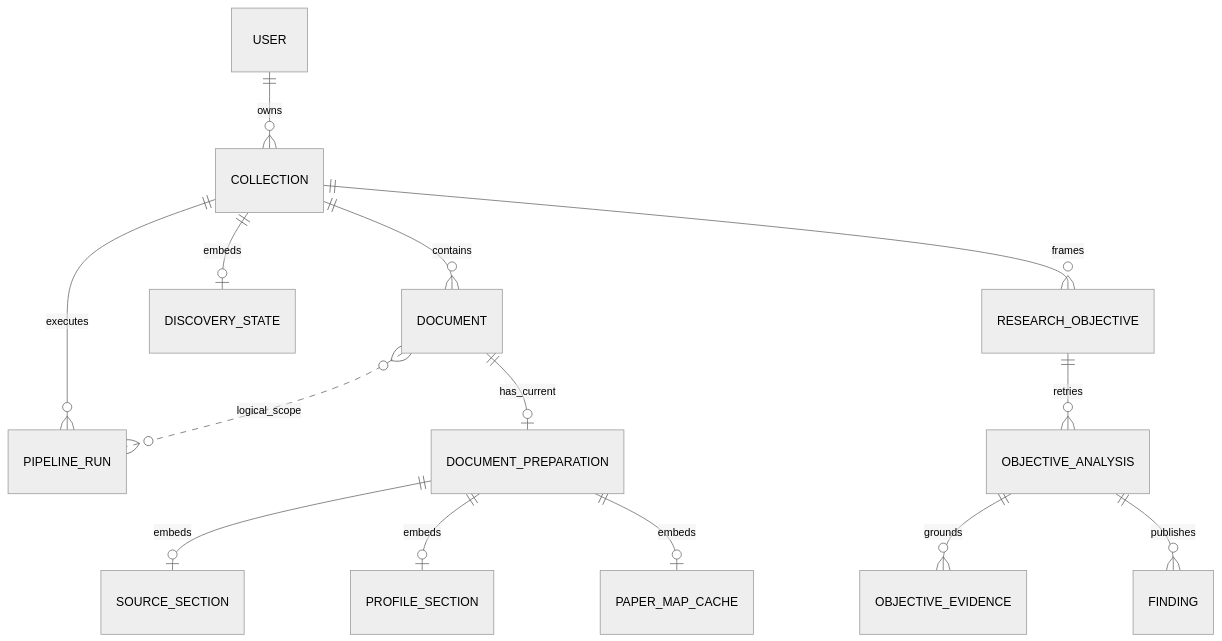
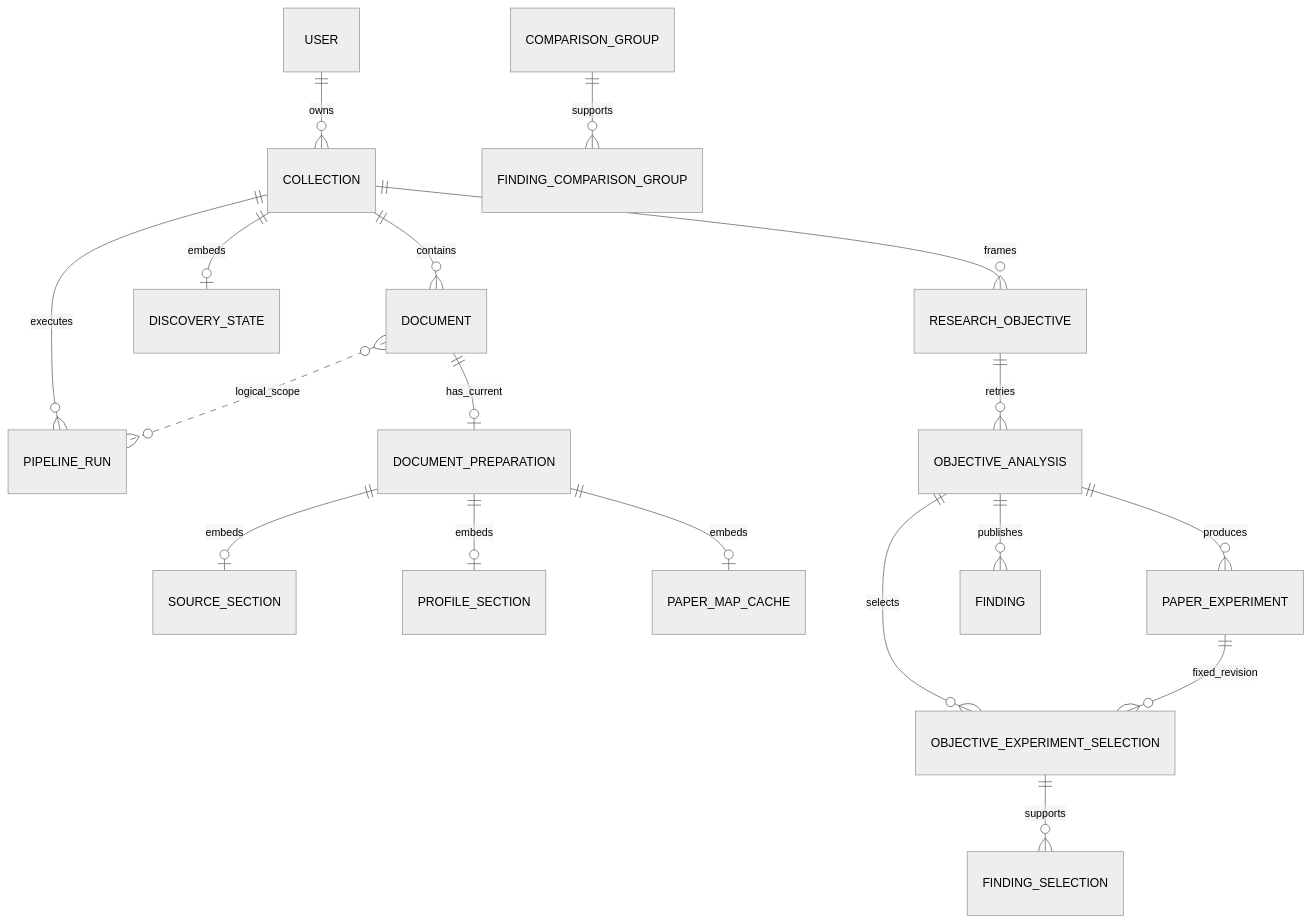
Before and after one commit to JeanphiloGong/tsingai-lens: the diagram in backend/docs/architecture/persistence-model.md, drawn with Mermaid (neutral theme). The commit also changed other lines of this file and 9 other files, not shown here.

First line of the commit message:
docs(objective): align architecture with experiment graph

````diff
--- a/backend/docs/architecture/persistence-model.md
+++ b/backend/docs/architecture/persistence-model.md
@@ -174,16 +164,20 @@
 ```mermaid
 erDiagram
     USER ||--o{ COLLECTION : owns
     COLLECTION ||--o{ DOCUMENT : contains
     COLLECTION ||--o{ PIPELINE_RUN : executes
     DOCUMENT }o..o{ PIPELINE_RUN : logical_scope
     DOCUMENT ||--o| DOCUMENT_PREPARATION : has_current
     DOCUMENT_PREPARATION ||--o| SOURCE_SECTION : embeds
     DOCUMENT_PREPARATION ||--o| PROFILE_SECTION : embeds
     DOCUMENT_PREPARATION ||--o| PAPER_MAP_CACHE : embeds
     COLLECTION ||--o| DISCOVERY_STATE : embeds
     COLLECTION ||--o{ RESEARCH_OBJECTIVE : frames
     RESEARCH_OBJECTIVE ||--o{ OBJECTIVE_ANALYSIS : retries
-    OBJECTIVE_ANALYSIS ||--o{ OBJECTIVE_EVIDENCE : grounds
+    OBJECTIVE_ANALYSIS ||--o{ PAPER_EXPERIMENT : produces
+    OBJECTIVE_ANALYSIS ||--o{ OBJECTIVE_EXPERIMENT_SELECTION : selects
+    PAPER_EXPERIMENT ||--o{ OBJECTIVE_EXPERIMENT_SELECTION : fixed_revision
+    OBJECTIVE_EXPERIMENT_SELECTION ||--o{ FINDING_SELECTION : supports
+    COMPARISON_GROUP ||--o{ FINDING_COMPARISON_GROUP : supports
     OBJECTIVE_ANALYSIS ||--o{ FINDING : publishes
 ```
````
